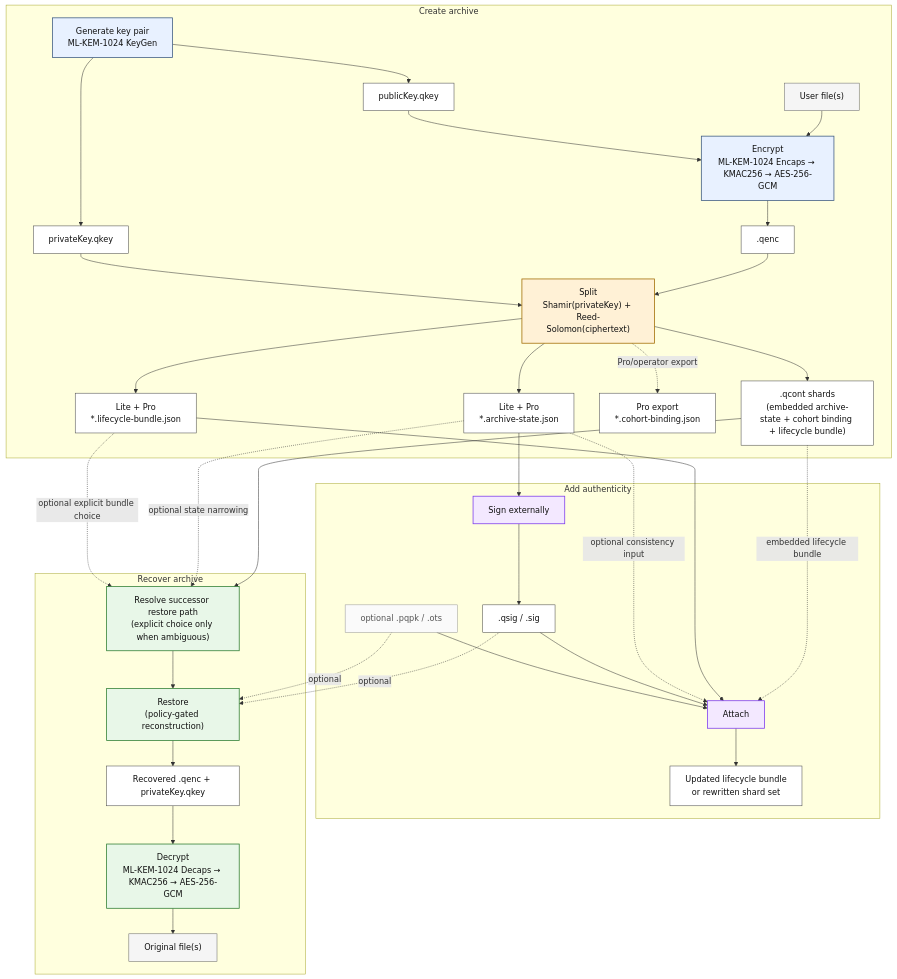
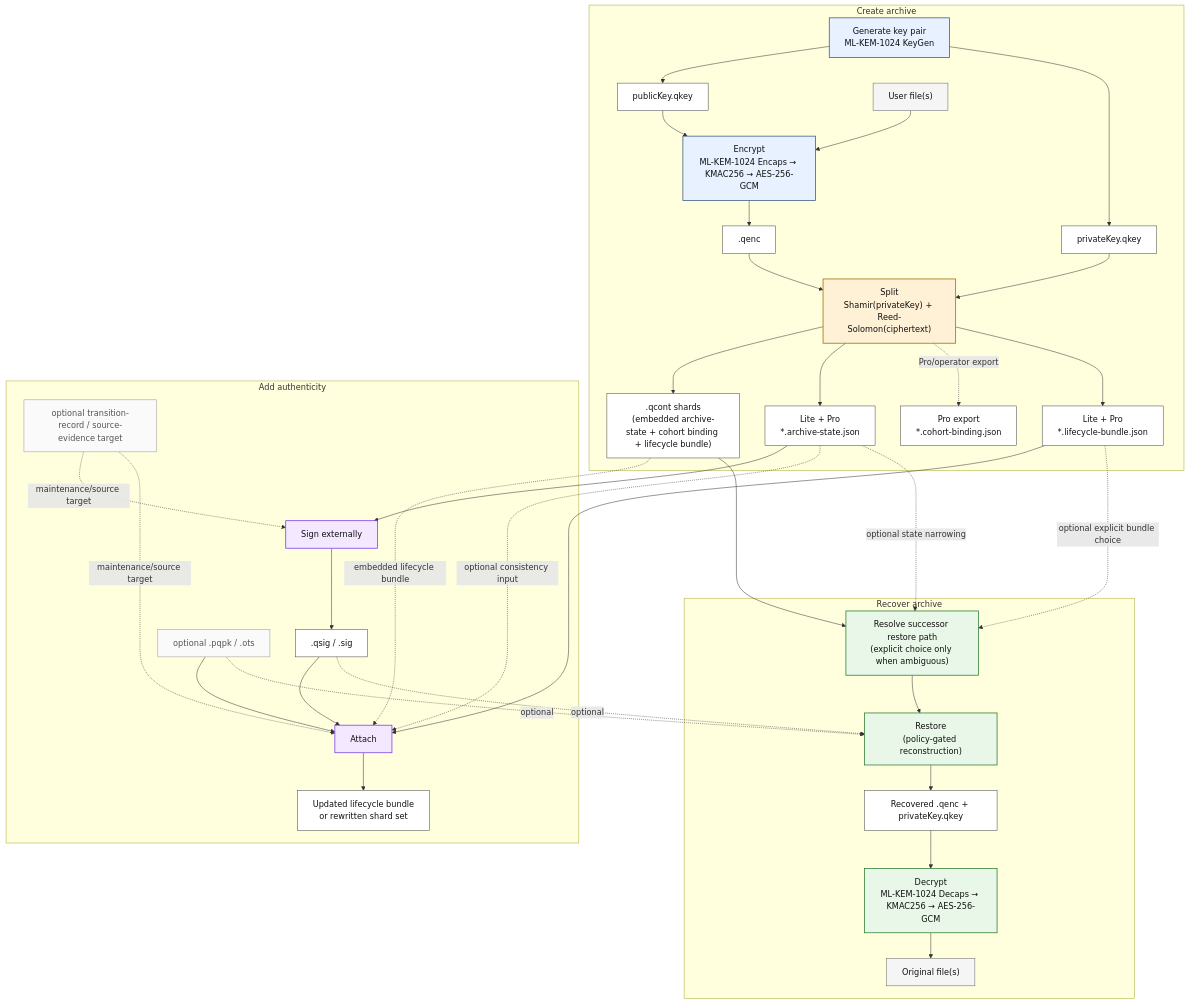
One commit to CyberKiska/quantum-vault changed the diagram in README.md. Above: the diagram before and after it, drawn with Mermaid. The commit also changed other lines of this file and 3 other files, not shown here.

````diff
--- a/README.md
+++ b/README.md
@@ -88,71 +88,74 @@
 ```mermaid
 flowchart TB
     subgraph CREATE["Create archive"]
         G["Generate key pair<br/>ML-KEM-1024 KeyGen"]:::crypto
         PK["publicKey.qkey"]:::artifact
         SK["privateKey.qkey"]:::artifact
         U["User file(s)"]:::input
         E["Encrypt<br/>ML-KEM-1024 Encaps → KMAC256 → AES-256-GCM"]:::crypto
         Q[".qenc"]:::artifact
         S["Split<br/>Shamir(privateKey) + Reed-Solomon(ciphertext)"]:::split
         QC[".qcont shards<br/>(embedded archive-state + cohort binding + lifecycle bundle)"]:::artifact
         AS["Lite + Pro<br/>*.archive-state.json"]:::artifact
         CB["Pro export<br/>*.cohort-binding.json"]:::artifact
         LB["Lite + Pro<br/>*.lifecycle-bundle.json"]:::artifact
 
         G --> PK
         G --> SK
         U --> E
         PK --> E
         E --> Q
         Q --> S
         SK --> S
         S --> QC
         S --> AS
         S -. Pro/operator export .-> CB
         S --> LB
     end
 
     subgraph AUTH["Add authenticity"]
         SG["Sign externally"]:::auth
         SIG[".qsig / .sig"]:::artifact
+        AUX["optional transition-record / source-evidence target"]:::optional
         OPT["optional .pqpk / .ots"]:::optional
         AT["Attach"]:::auth
         EM["Updated lifecycle bundle<br/>or rewritten shard set"]:::artifact
 
         AS --> SG
+        AUX -. maintenance/source target .-> SG
         SG --> SIG
         QC -. embedded lifecycle bundle .-> AT
         LB --> AT
         AS -. optional consistency input .-> AT
+        AUX -. maintenance/source target .-> AT
         SIG --> AT
         OPT --> AT
         AT --> EM
     end
 
     subgraph RECOVER["Recover archive"]
         SEL["Resolve successor restore path<br/>(explicit choice only when ambiguous)"]:::restore
         R["Restore<br/>(policy-gated reconstruction)"]:::restore
         OUT["Recovered .qenc + privateKey.qkey"]:::artifact
         D["Decrypt<br/>ML-KEM-1024 Decaps → KMAC256 → AES-256-GCM"]:::restore
         F["Original file(s)"]:::input
 
         QC --> SEL
         AS -. optional state narrowing .-> SEL
         LB -. optional explicit bundle choice .-> SEL
         SEL --> R
         SIG -. optional .-> R
         OPT -. optional .-> R
         R --> OUT
         OUT --> D
         D --> F
     end
 
     classDef input fill:#f5f5f5,stroke:#666,stroke-width:1px,color:#111;
     classDef crypto fill:#e8f1ff,stroke:#3d5a80,stroke-width:1.5px,color:#111;
     classDef split fill:#fff1d6,stroke:#a06b00,stroke-width:1.5px,color:#111;
     classDef auth fill:#f3e8ff,stroke:#7c3aed,stroke-width:1.5px,color:#111;
     classDef restore fill:#e8f7e8,stroke:#2e7d32,stroke-width:1.5px,color:#111;
     classDef artifact fill:#ffffff,stroke:#444,stroke-width:1px,color:#111;
     classDef optional fill:#fafafa,stroke:#999,stroke-width:1px,color:#555;
 ```
````
